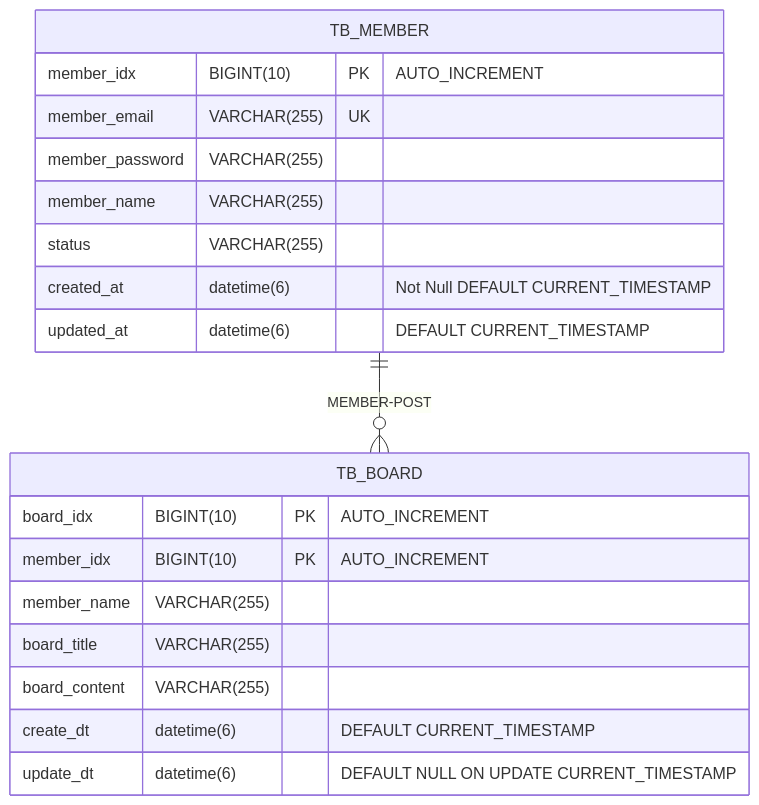
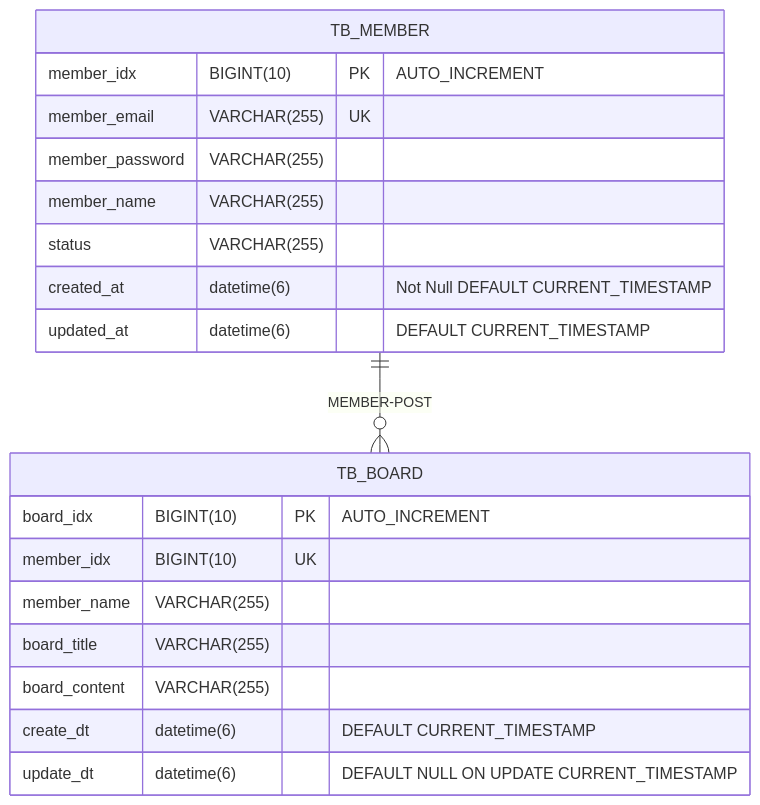
The diagram in README.md (Ropung/wanted-pre-onboarding-backend-6th), drawn with Mermaid before and after one commit. The commit also changed other lines of this file, not shown here.

````diff
--- a/README.md
+++ b/README.md
@@ -63,24 +61,24 @@
 ```mermaid
 erDiagram
     TB_MEMBER ||--o{ TB_BOARD: MEMBER-POST
 
     TB_MEMBER {
         member_idx BIGINT(10) PK "AUTO_INCREMENT"
         member_email VARCHAR(255) UK ""
         member_password VARCHAR(255) ""
         member_name VARCHAR(255) ""
         status VARCHAR(255) ""
         created_at datetime(6) "Not Null DEFAULT CURRENT_TIMESTAMP"
         updated_at datetime(6) "DEFAULT CURRENT_TIMESTAMP"
     }
 
     TB_BOARD {
         board_idx BIGINT(10) PK "AUTO_INCREMENT"
-        member_idx BIGINT(10) PK "AUTO_INCREMENT"
+        member_idx BIGINT(10) UK ""
         member_name VARCHAR(255) ""
         board_title VARCHAR(255) ""
         board_content VARCHAR(255) ""
         create_dt datetime(6) "DEFAULT CURRENT_TIMESTAMP"
         update_dt datetime(6) "DEFAULT NULL ON UPDATE CURRENT_TIMESTAMP"
     }
 ```
````
